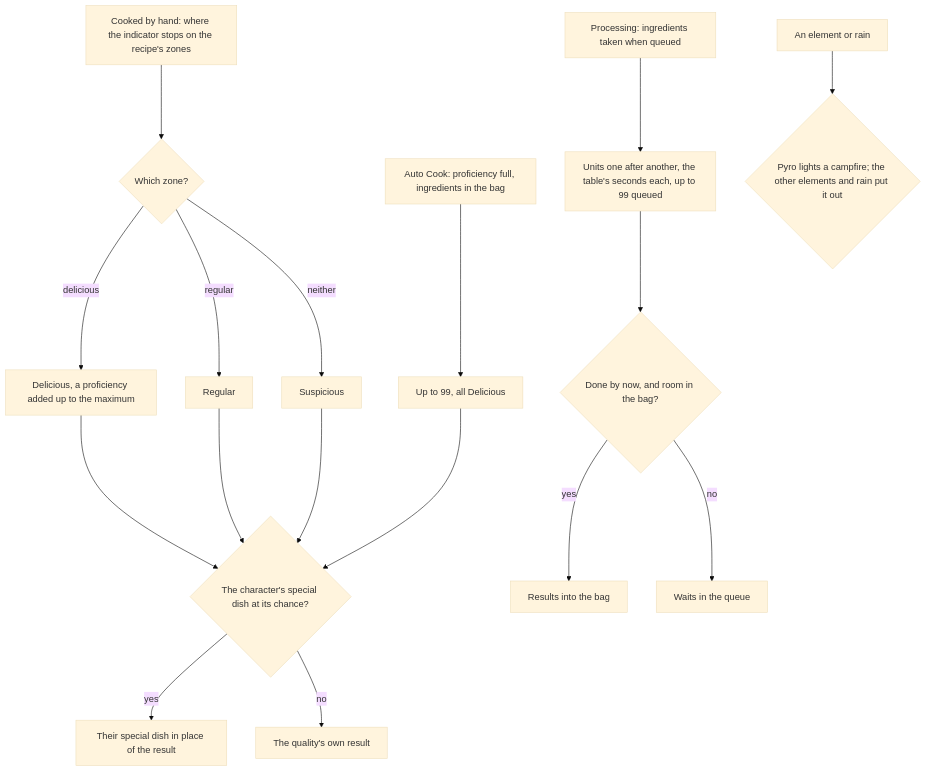
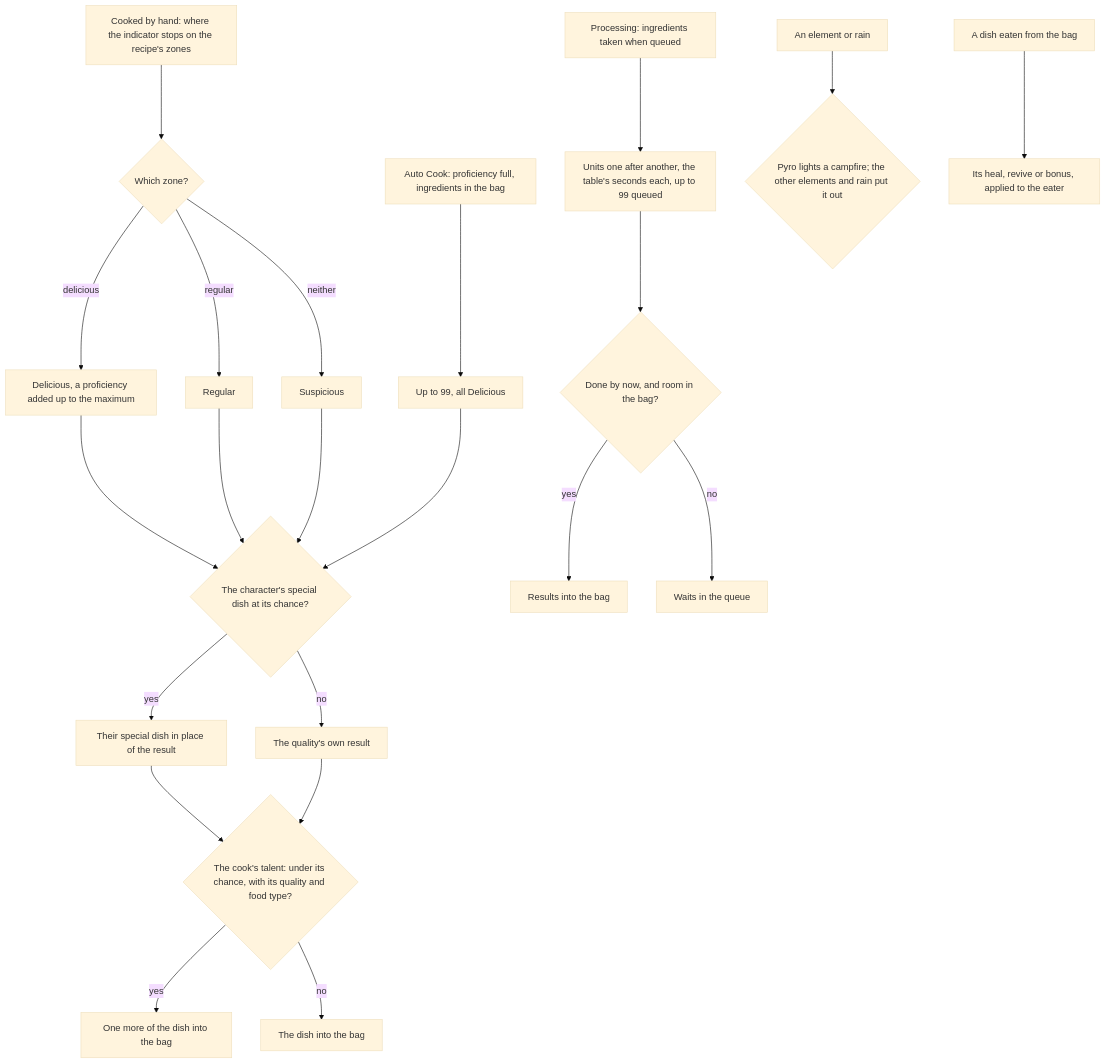
The diagram in openspec/specs/genshin/cooking/design.md (Esposter/Esposter), drawn with Mermaid (base theme) before and after one commit. The commit also changed other lines of this file and 41 other files, not shown here.

````diff
--- a/openspec/specs/genshin/cooking/design.md
+++ b/openspec/specs/genshin/cooking/design.md
@@ -7,19 +7,24 @@
 ```mermaid
 flowchart TD
   H["Cooked by hand: where the indicator stops on the recipe's zones"] --> Z{"Which zone?"}
   Z -->|"delicious"| DE["Delicious, a proficiency added up to the maximum"]
   Z -->|"regular"| RE["Regular"]
   Z -->|"neither"| SU["Suspicious"]
   A["Auto Cook: proficiency full, ingredients in the bag"] --> N["Up to 99, all Delicious"]
   DE --> S{"The character's special dish at its chance?"}
   RE --> S
   SU --> S
   N --> S
   S -->|"yes"| SP["Their special dish in place of the result"]
   S -->|"no"| RS["The quality's own result"]
+  SP --> T{"The cook's talent: under its chance, with its quality and food type?"}
+  RS --> T
+  T -->|"yes"| X["One more of the dish into the bag"]
+  T -->|"no"| BAG["The dish into the bag"]
   P["Processing: ingredients taken when queued"] --> U["Units one after another, the table's seconds each, up to 99 queued"]
   U --> C{"Done by now, and room in the bag?"}
   C -->|"yes"| IN["Results into the bag"]
   C -->|"no"| WQ["Waits in the queue"]
   E["An element or rain"] --> L{"Pyro lights a campfire; the other elements and rain put it out"}
+  EAT["A dish eaten from the bag"] --> USE["Its heal, revive or bonus, applied to the eater"]
 ```
````
